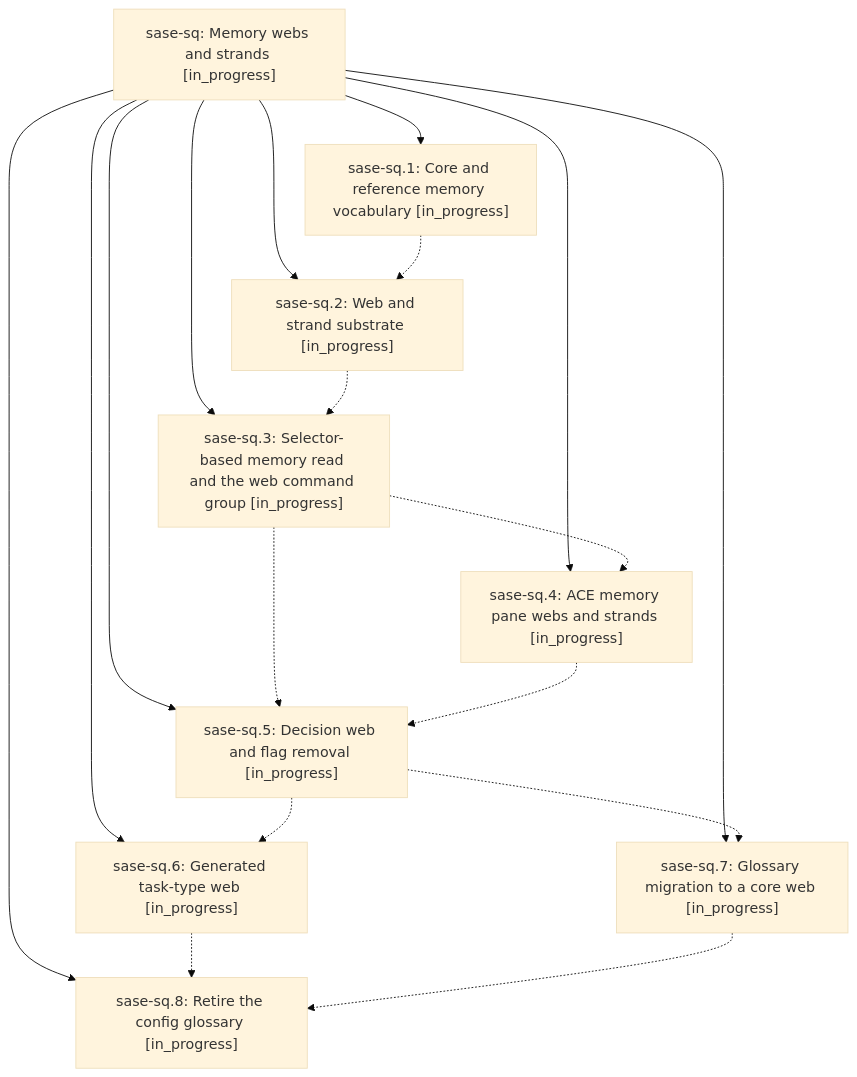
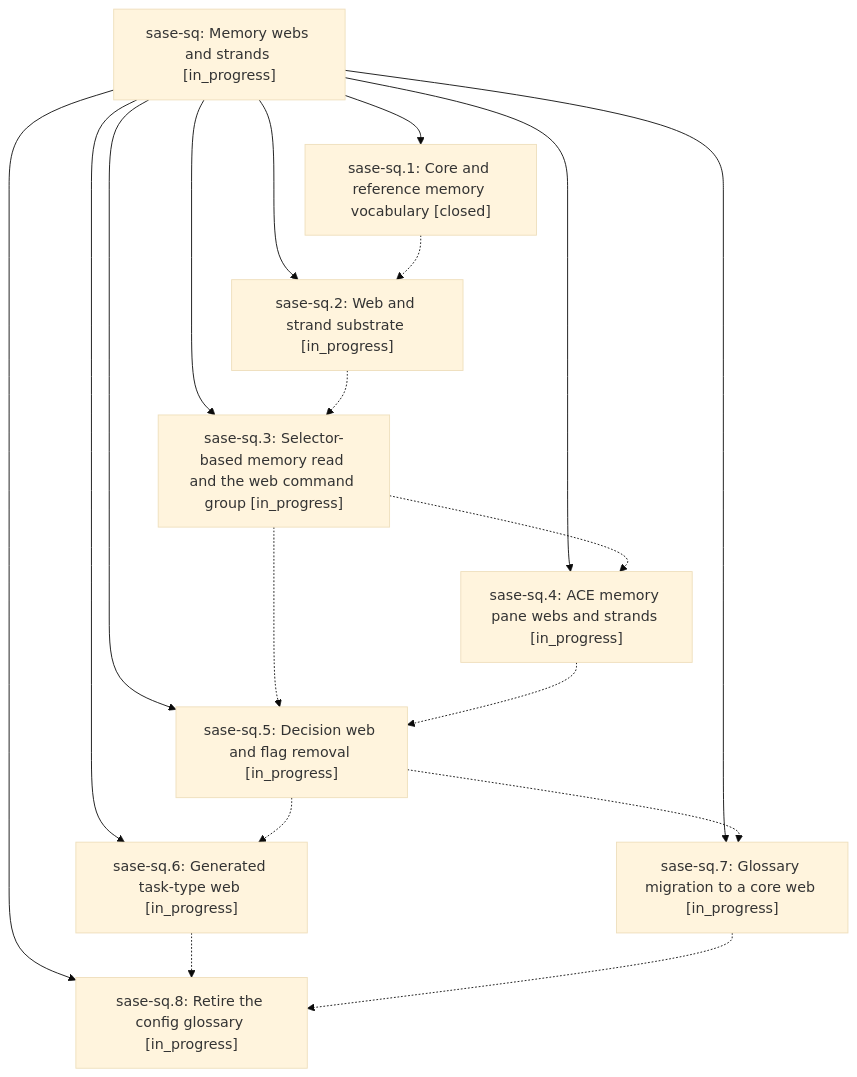
The diagram in pages/sase-sq/README.md (sase-org/sase--beads), drawn with Mermaid (base theme) before and after one commit. The commit also changed other lines of this file and 2 other files, not shown here.

First line of the commit message:
chore(beads): sync bead state and pages for sase-sq

````diff
--- a/pages/sase-sq/README.md
+++ b/pages/sase-sq/README.md
@@ -33,29 +33,29 @@
 ```mermaid
 flowchart TD
     n0["sase-sq: Memory webs and strands [in_progress]"]
-    n1["sase-sq.1: Core and reference memory vocabulary [in_progress]"]
+    n1["sase-sq.1: Core and reference memory vocabulary [closed]"]
     n2["sase-sq.2: Web and strand substrate [in_progress]"]
     n3["sase-sq.3: Selector-based memory read and the web command group [in_progress]"]
     n4["sase-sq.4: ACE memory pane webs and strands [in_progress]"]
     n5["sase-sq.5: Decision web and flag removal [in_progress]"]
     n6["sase-sq.6: Generated task-type web [in_progress]"]
     n7["sase-sq.7: Glossary migration to a core web [in_progress]"]
     n8["sase-sq.8: Retire the config glossary [in_progress]"]
     n0 --> n1
     n0 --> n2
     n0 --> n3
     n0 --> n4
     n0 --> n5
     n0 --> n6
     n0 --> n7
     n0 --> n8
     n1 -.-> n2
     n2 -.-> n3
     n3 -.-> n4
     n3 -.-> n5
     n4 -.-> n5
     n5 -.-> n6
     n5 -.-> n7
     n6 -.-> n8
     n7 -.-> n8
 ```
````
